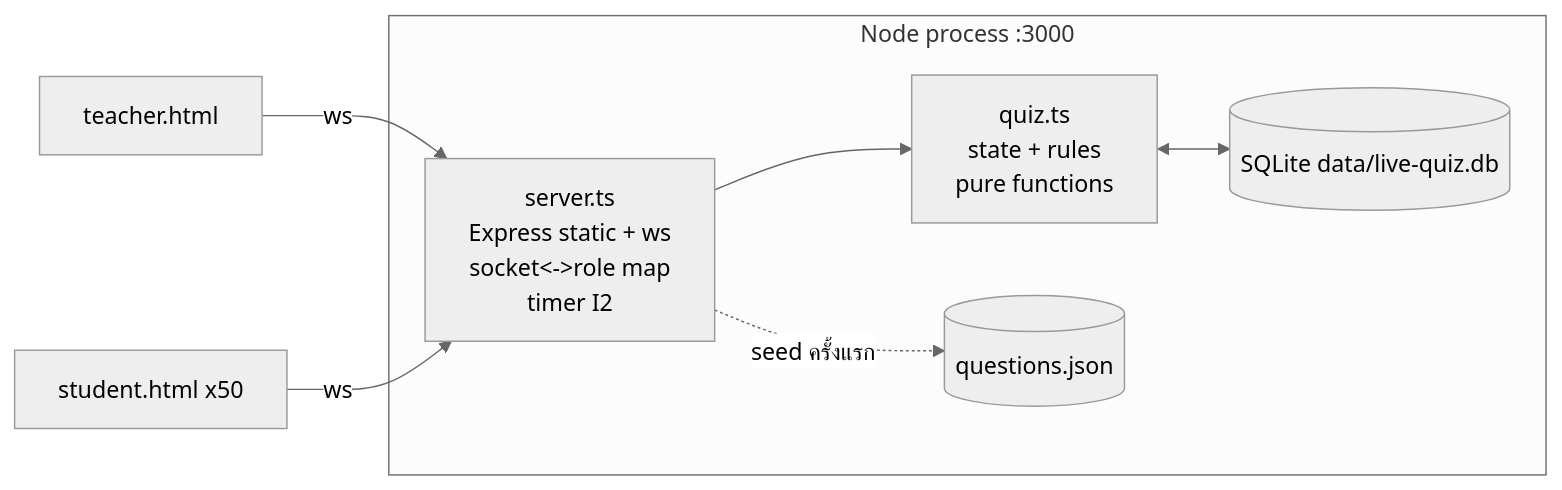
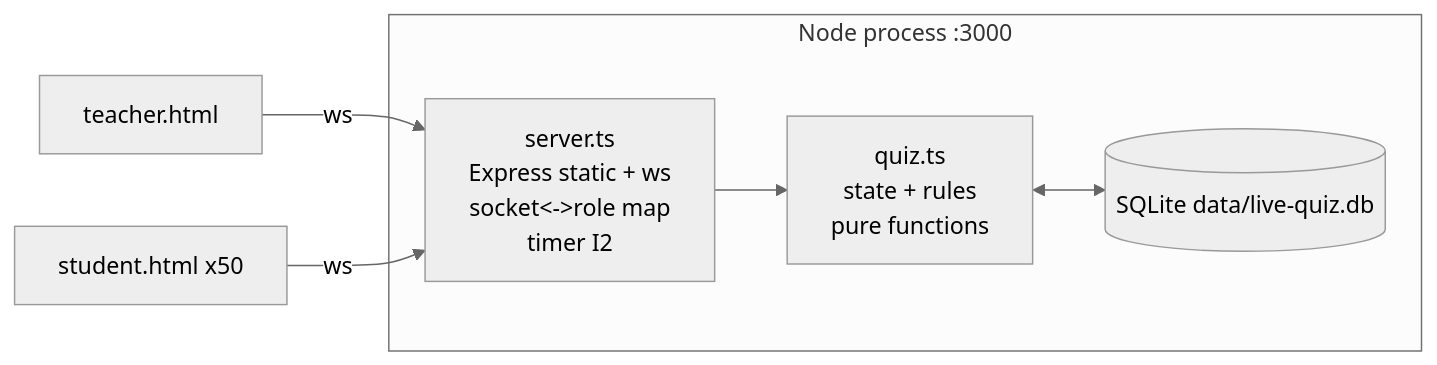
Before and after one commit to shode666/live-quiz-lab: the diagram in docs/03-hld.md, drawn with Mermaid (neutral theme). The commit also changed other lines of this file and 19 other files, not shown here.

First line of the commit message:
Commit the SQLite db into the repo; drop questions.json and seeding

````diff
--- a/docs/03-hld.md
+++ b/docs/03-hld.md
@@ -24,10 +23,9 @@
 ```mermaid
 flowchart LR
   T[teacher.html] -- ws --> S
   ST1[student.html x50] -- ws --> S
   subgraph Node process :3000
     S[server.ts<br/>Express static + ws<br/>socket<->role map<br/>timer I2] --> Q[quiz.ts<br/>state + rules<br/>pure functions]
-    S -. seed ครั้งแรก .-> J[(questions.json)]
     Q <--> D[(SQLite data/live-quiz.db)]
   end
 ```
````
